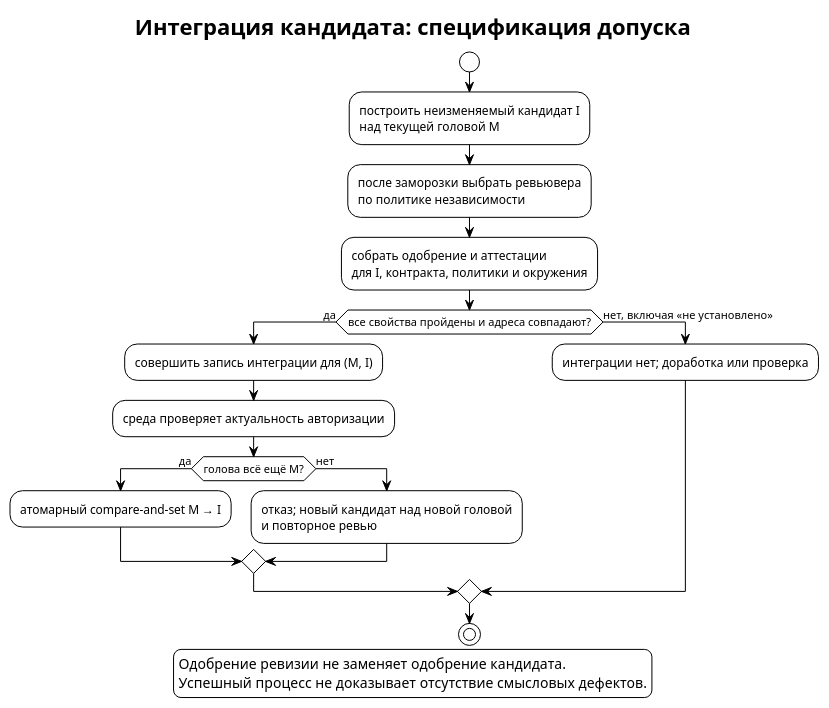
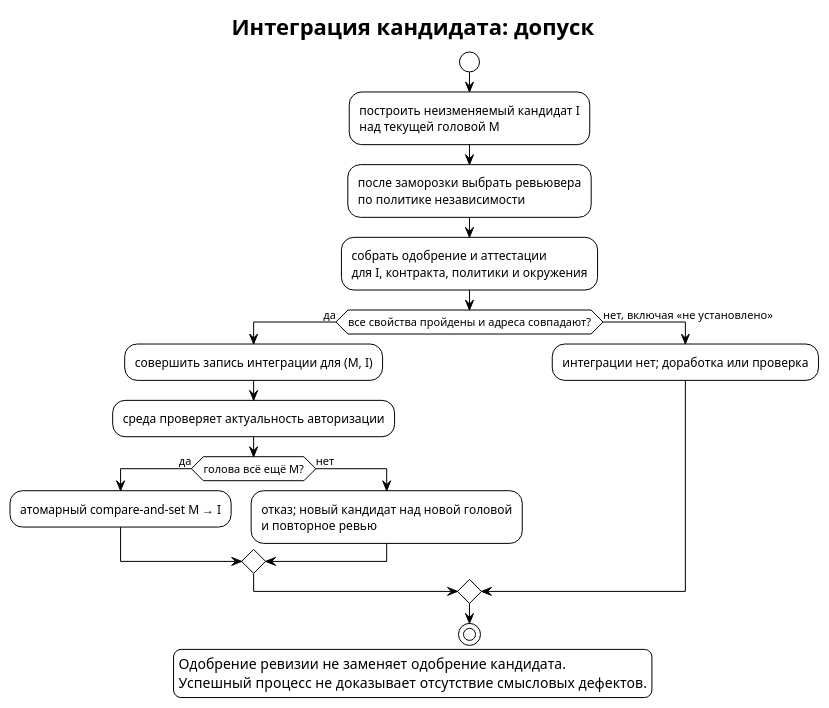
One commit to relux-works/swarma-docs changed the diagram in book/src/candidate-integration.puml. Above: the diagram before and after it, drawn with PlantUML. The commit also changed 51 other files, not shown here.

```diff
--- a/book/src/candidate-integration.puml
+++ b/book/src/candidate-integration.puml
@@ -1,26 +1,26 @@
 @startuml candidate-integration
 !theme plain
 skinparam defaultFontName "PT Sans"
 skinparam shadowing false
-title Интеграция кандидата: спецификация допуска
+title Интеграция кандидата: допуск
 start
 :построить неизменяемый кандидат I\nнад текущей головой M;
 :после заморозки выбрать ревьювера\nпо политике независимости;
 :собрать одобрение и аттестации\nдля I, контракта, политики и окружения;
 if (все свойства пройдены и адреса совпадают?) then (да)
   :совершить запись интеграции для (M, I);
   :среда проверяет актуальность авторизации;
   if (голова всё ещё M?) then (да)
     :атомарный compare-and-set M → I;
   else (нет)
     :отказ; новый кандидат над новой головой\nи повторное ревью;
   endif
 else (нет, включая «не установлено»)
   :интеграции нет; доработка или проверка;
 endif
 stop
 legend bottom
   Одобрение ревизии не заменяет одобрение кандидата.
   Успешный процесс не доказывает отсутствие смысловых дефектов.
 endlegend
 @enduml
```
